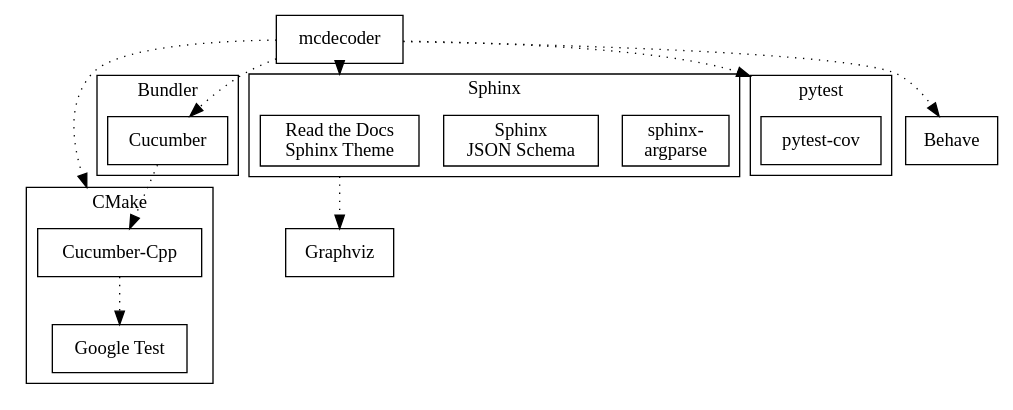
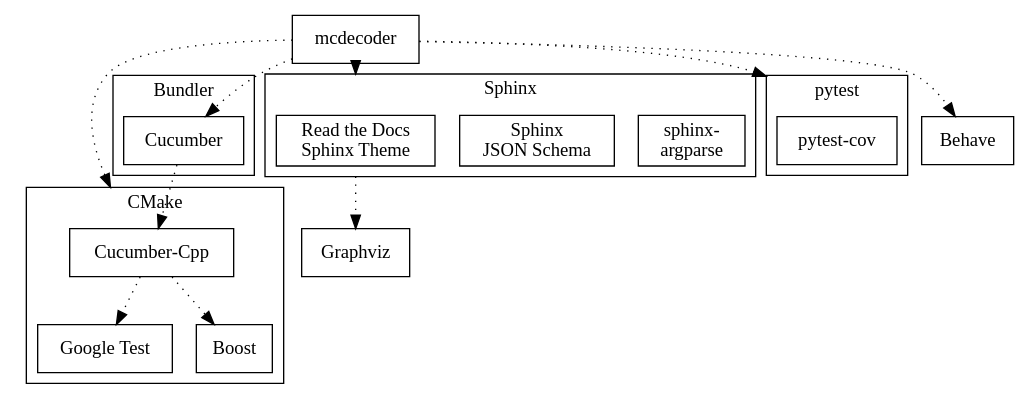
The second of 2 diagrams in src_docs/dev_design.rst (wildlarva/mcdecoder), drawn with Graphviz before and after one commit. The commit also changed other lines of this file and 1 other file, not shown here.

Commit message:
Fix the dependencies of Cucumber-Cpp
See also: #45

```diff
--- a/src_docs/dev_design.rst
+++ b/src_docs/dev_design.rst
@@ -150,44 +150,46 @@
 .. digraph:: develop
 
     compound = true
     node [shape=box]
     edge [style=dotted]
 
     subgraph cluster_cmake {
         label = "CMake"
 
         cucumber_cpp [label = "Cucumber-Cpp"]
         google_test [label = "Google Test"]
+        boost [label = "Boost"]
 
         cucumber_cpp -> google_test
+        cucumber_cpp -> boost
     }
 
     subgraph cluster_sphinx {
         label = "Sphinx"
 
         sphinx_argparse [label = "sphinx-\nargparse"]
         sphinx_jsonschema [label = "Sphinx\nJSON Schema"]
         sphinx_rtd_theme [label = "Read the Docs\nSphinx Theme"]
     }
 
     subgraph cluster_bundler {
         label = "Bundler"
 
         cucumber [label = "Cucumber"]
     }
 
     subgraph cluster_pytest {
         label = "pytest"
 
         pytest_cov [label = "pytest-cov"]
     }
 
     behave [label = "Behave"]
     graphviz [label = "Graphviz"]
 
     mcdecoder -> pytest_cov [lhead=cluster_pytest]
     mcdecoder -> behave
     mcdecoder -> cucumber_cpp [lhead=cluster_cmake]
     mcdecoder -> cucumber -> cucumber_cpp
     mcdecoder -> sphinx_rtd_theme [lhead=cluster_sphinx]
     sphinx_rtd_theme -> graphviz [ltail=cluster_sphinx]
```
